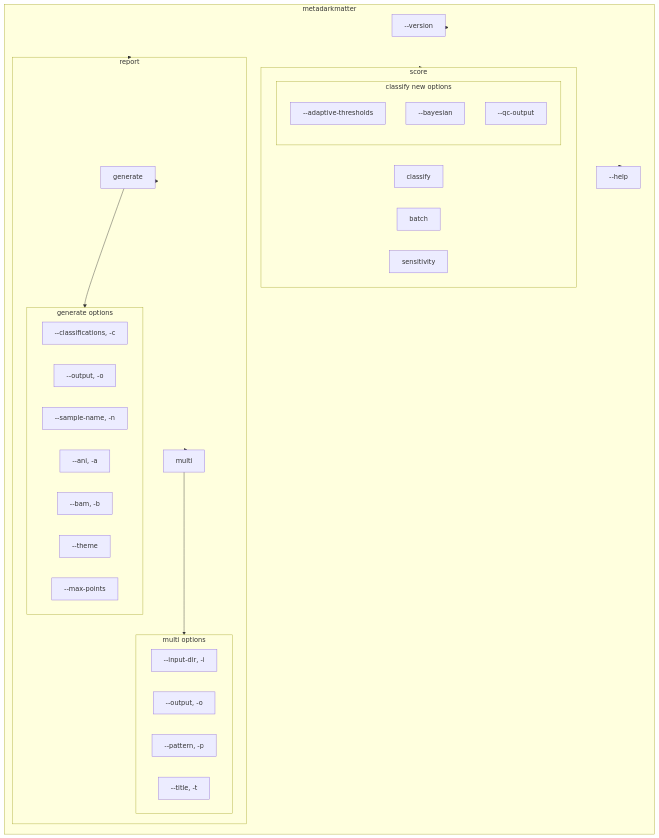
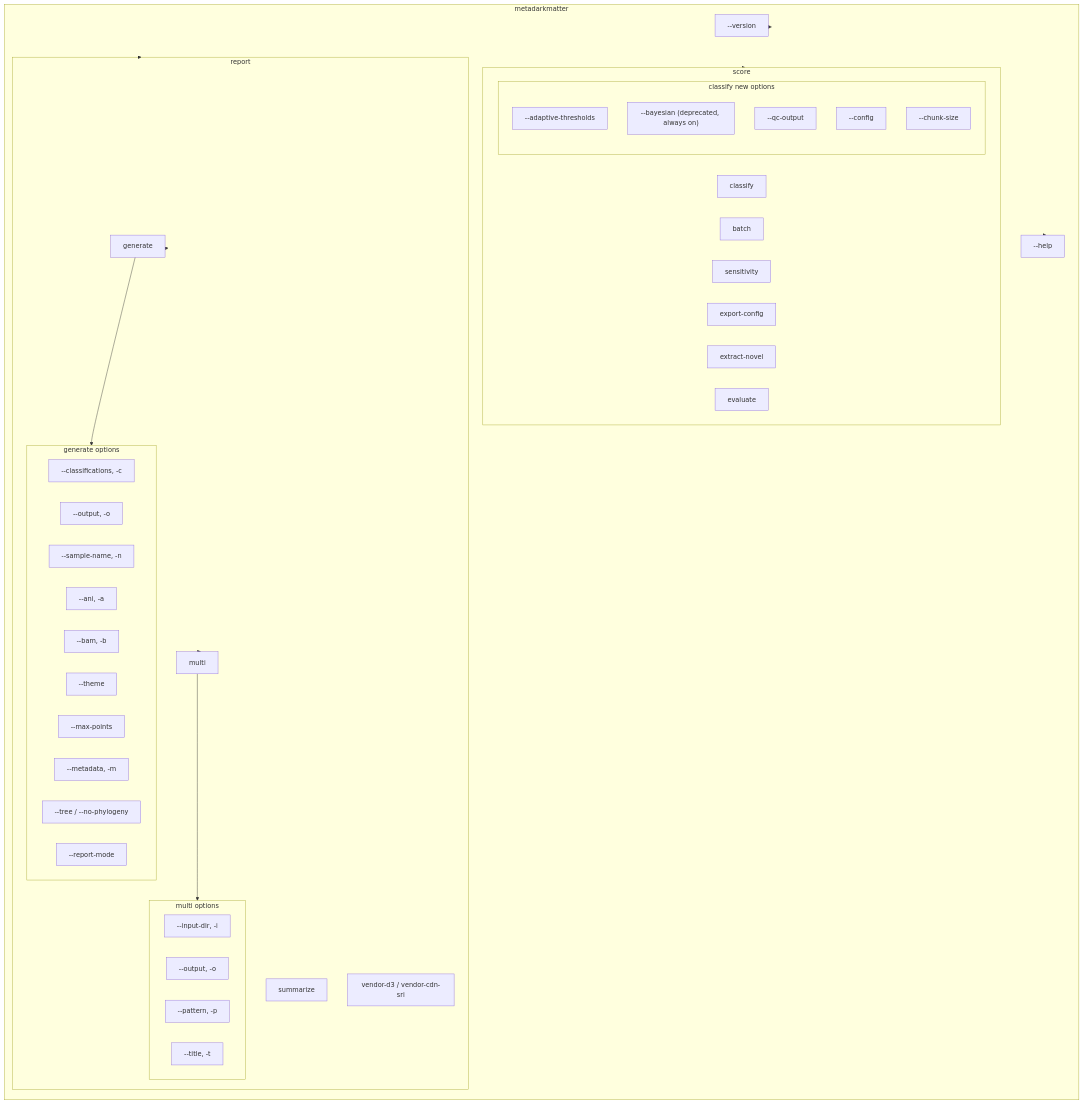
One commit to FOI-Bioinformatics/metadarkmatter changed diagram 18 of 20 in docs/ARCHITECTURE.md. Above: the diagram before and after it, drawn with Mermaid. The commit also changed other lines of this file and 3 other files, not shown here.

````diff
--- a/docs/ARCHITECTURE.md
+++ b/docs/ARCHITECTURE.md
@@ -685,50 +714,61 @@
 ```mermaid
 flowchart TB
     subgraph app["metadarkmatter"]
         VERSION["--version"]
         HELP["--help"]
 
         subgraph score["score"]
             CLASSIFY["classify"]
             BATCH["batch"]
             SENSITIVITY["sensitivity"]
 
+            EXPORT["export-config"]
+            EXTRACT["extract-novel"]
+            EVALUATE["evaluate"]
+
             subgraph classify_new_opts["classify new options"]
                 ADAPTIVE_OPT["--adaptive-thresholds"]
-                BAYESIAN_OPT["--bayesian"]
+                BAYESIAN_OPT["--bayesian (deprecated, always on)"]
                 QC_OPT["--qc-output"]
+                CONFIG_OPT["--config"]
+                CHUNK_OPT["--chunk-size"]
             end
         end
 
         subgraph report["report"]
             GENERATE["generate"]
             MULTI["multi"]
+            SUMMARIZE["summarize"]
+            VENDOR["vendor-d3 / vendor-cdn-sri"]
 
             subgraph gen_opts["generate options"]
                 CLASS_OPT["--classifications, -c"]
                 OUT_OPT["--output, -o"]
                 NAME_OPT["--sample-name, -n"]
                 ANI_OPT["--ani, -a"]
                 BAM_OPT["--bam, -b"]
                 THEME_OPT["--theme"]
                 MAX_PTS["--max-points"]
+                META_OPT["--metadata, -m"]
+                TREE_OPT["--tree / --no-phylogeny"]
+                MODE_OPT["--report-mode"]
             end
 
             subgraph multi_opts["multi options"]
                 INDIR_OPT["--input-dir, -i"]
                 OUTM_OPT["--output, -o"]
                 PATTERN_OPT["--pattern, -p"]
                 TITLE_OPT["--title, -t"]
             end
         end
     end
 
     app --> VERSION
     app --> HELP
     app --> score
     app --> report
     report --> GENERATE
     report --> MULTI
     GENERATE --> gen_opts
     MULTI --> multi_opts
 ```
````
